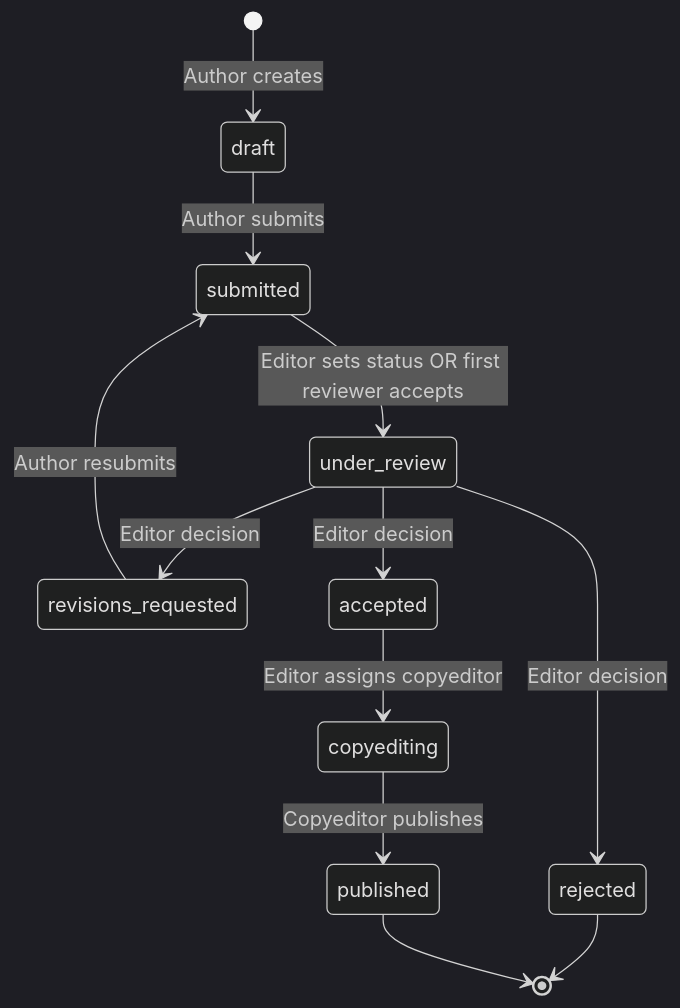
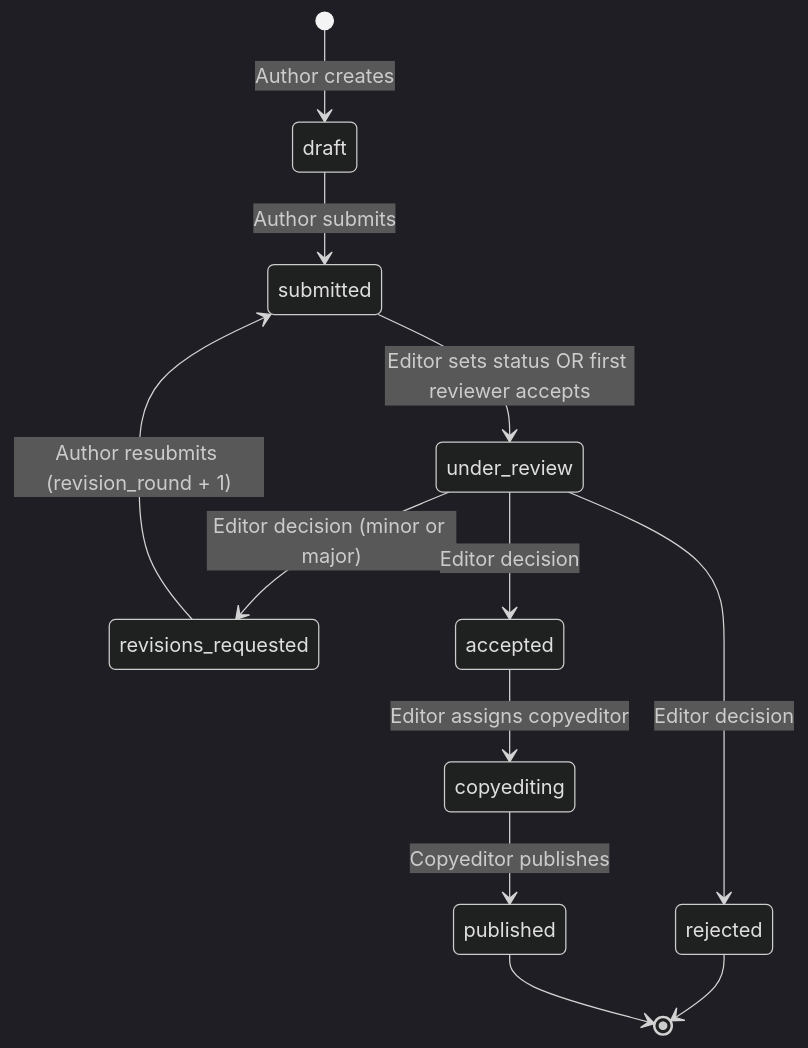
One commit to OmarNajiAlhayek/folio changed the second of 2 diagrams in docs/PRODUCT-SPECIFICATION.md. Above: the diagram before and after it, drawn with Mermaid (dark theme). The commit also changed other lines of this file and 31 other files, not shown here.

````diff
--- a/docs/PRODUCT-SPECIFICATION.md
+++ b/docs/PRODUCT-SPECIFICATION.md
@@ -240,14 +240,14 @@
 ```mermaid
 stateDiagram-v2
     [*] --> draft : Author creates
     draft --> submitted : Author submits
     submitted --> under_review : Editor sets status OR first reviewer accepts
-    under_review --> revisions_requested : Editor decision
-    revisions_requested --> submitted : Author resubmits
+    under_review --> revisions_requested : Editor decision (minor or major)
+    revisions_requested --> submitted : Author resubmits (revision_round + 1)
     under_review --> rejected : Editor decision
     under_review --> accepted : Editor decision
     accepted --> copyediting : Editor assigns copyeditor
     copyediting --> published : Copyeditor publishes
     rejected --> [*]
     published --> [*]
 ```
````
